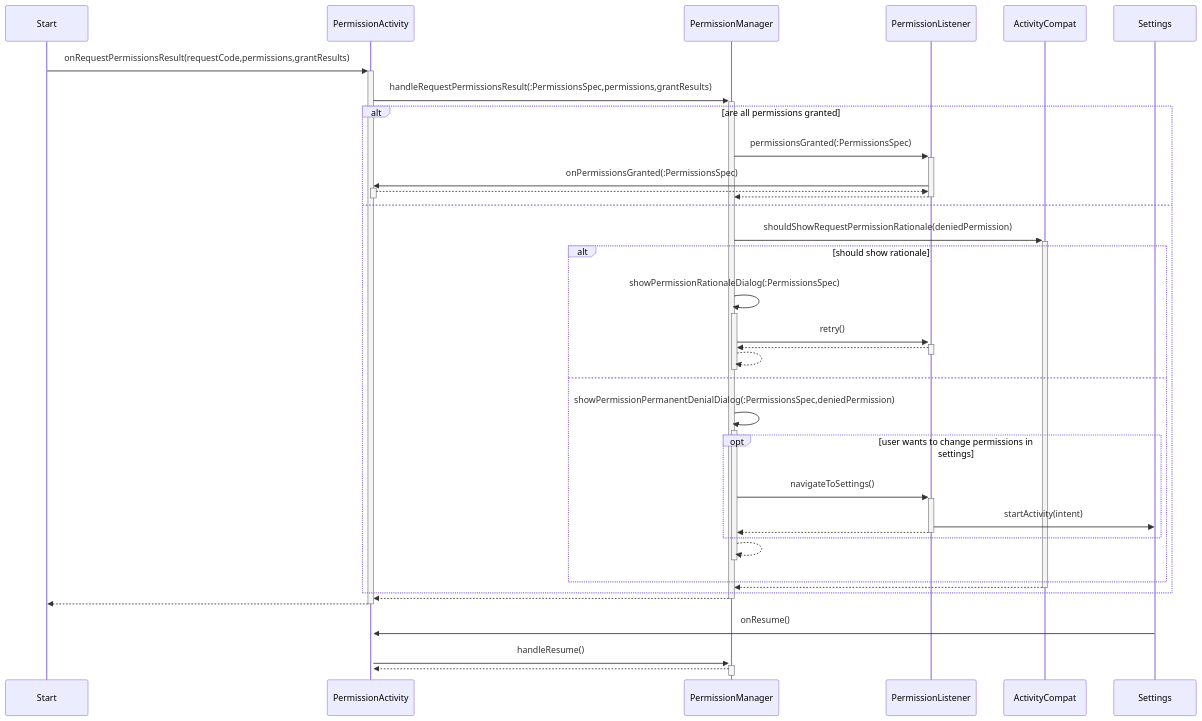
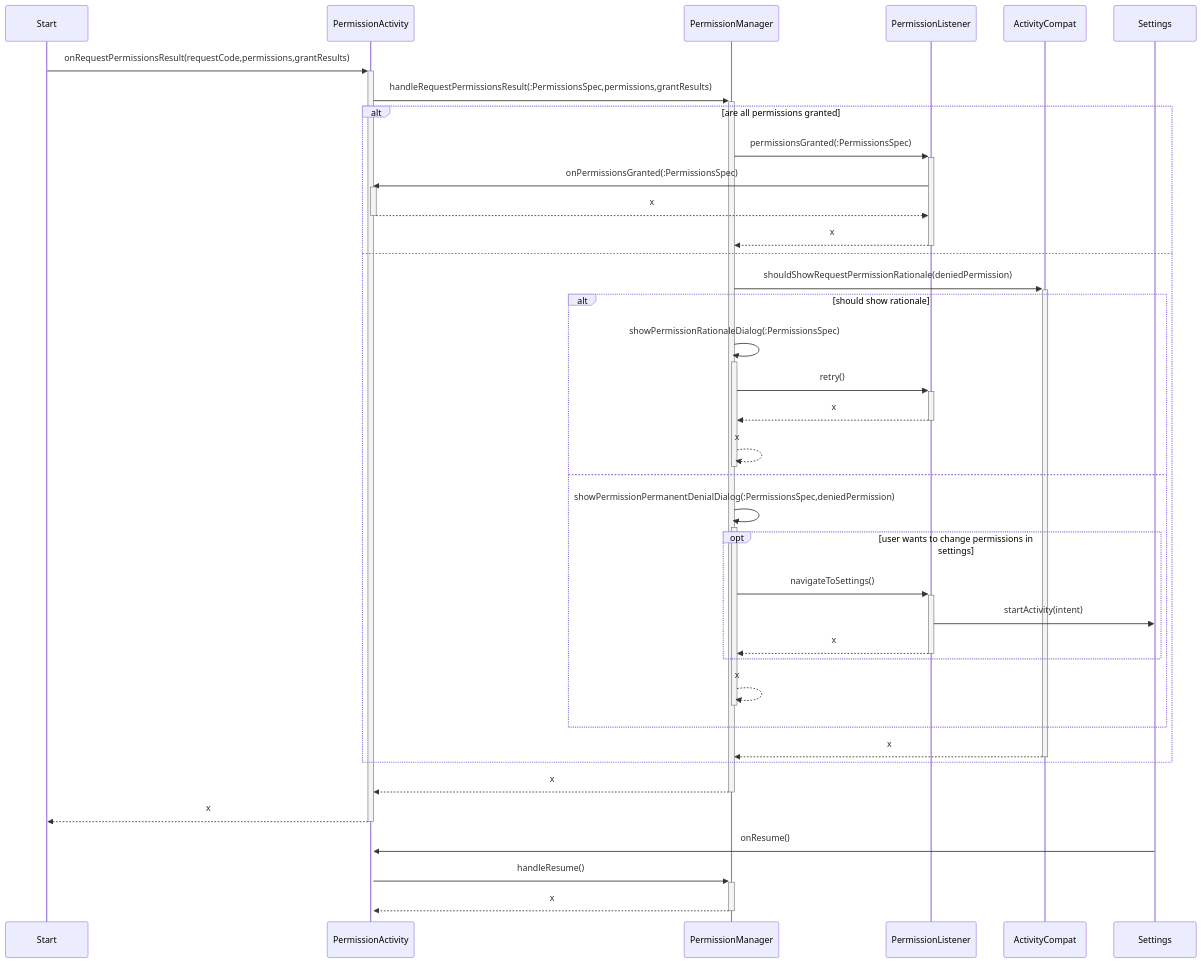
The diagram in docs/handling_request_result.mmd (mjureczko/maly-poszukiwacz-skarbow), drawn with Mermaid before and after one commit. The commit also changed 1 other file, not shown here.

Commit message:
#25 Requesting permissions sequence diagram

```diff
--- a/docs/handling_request_result.mmd
+++ b/docs/handling_request_result.mmd
@@ -1,31 +1,31 @@
 sequenceDiagram
     Start ->>+ PermissionActivity: onRequestPermissionsResult(requestCode,permissions,grantResults)
     PermissionActivity ->>+ PermissionManager: handleRequestPermissionsResult(:PermissionsSpec,permissions,grantResults)
     alt are all permissions granted
         PermissionManager ->>+ PermissionListener: permissionsGranted(:PermissionsSpec)
         PermissionListener ->>+ PermissionActivity: onPermissionsGranted(:PermissionsSpec)
-        PermissionActivity -->>- PermissionListener:
-        PermissionListener -->>- PermissionManager:
+        PermissionActivity -->>- PermissionListener: x
+        PermissionListener -->>- PermissionManager: x
     else
         PermissionManager ->>+ ActivityCompat: shouldShowRequestPermissionRationale(deniedPermission)
         alt should show rationale
             PermissionManager ->>+ PermissionManager: showPermissionRationaleDialog(:PermissionsSpec)
             PermissionManager ->>+  PermissionListener: retry()
-            PermissionListener -->>- PermissionManager:
-            PermissionManager -->>- PermissionManager:
+            PermissionListener -->>- PermissionManager: x
+            PermissionManager -->>- PermissionManager: x
         else
             PermissionManager ->>+ PermissionManager: showPermissionPermanentDenialDialog(:PermissionsSpec,deniedPermission)
             opt user wants to change permissions in settings
                 PermissionManager ->>+ PermissionListener: navigateToSettings()
                 PermissionListener ->> Settings: startActivity(intent)
-                PermissionListener -->>- PermissionManager:
+                PermissionListener -->>- PermissionManager: x
             end
-            PermissionManager -->>- PermissionManager:
+            PermissionManager -->>- PermissionManager: x
         end
-        ActivityCompat -->>- PermissionManager:
+        ActivityCompat -->>- PermissionManager: x
     end
-    PermissionManager -->>- PermissionActivity:
-    PermissionActivity -->>- Start:
+    PermissionManager -->>- PermissionActivity: x
+    PermissionActivity -->>- Start: x
     Settings ->>+ PermissionActivity: onResume()
     PermissionActivity ->>+ PermissionManager: handleResume()
-    PermissionManager -->>- PermissionActivity:
+    PermissionManager -->>- PermissionActivity: x
```
